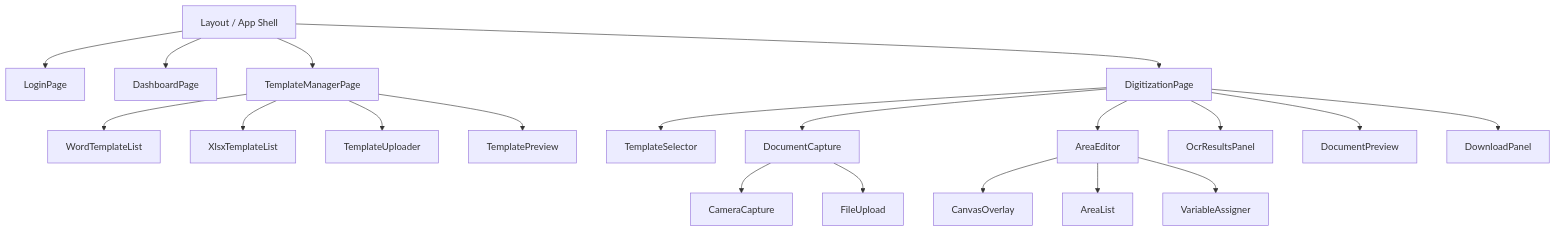
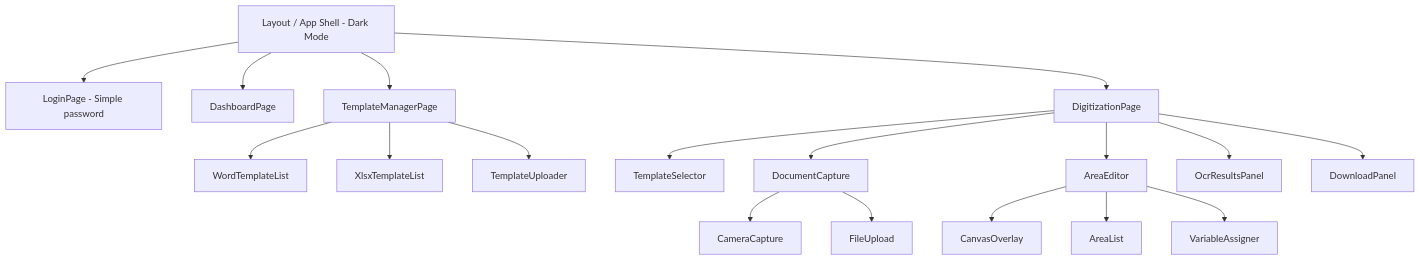
Before and after one commit to SEBAS200309/HACKATON: the third of 3 diagrams in .kiro/specs/document-digitization/design.md, drawn with Mermaid. The commit also changed other lines of this file, not shown here.

````diff
--- a/.kiro/specs/document-digitization/design.md
+++ b/.kiro/specs/document-digitization/design.md
@@ -159,27 +139,25 @@
 ```mermaid
 graph TD
-    App[Layout / App Shell]
-    App --> Login[LoginPage]
+    App[Layout / App Shell - Dark Mode]
+    App --> Login[LoginPage - Simple password]
     App --> Dashboard[DashboardPage]
     App --> TemplateManager[TemplateManagerPage]
     App --> Digitization[DigitizationPage]
     
     TemplateManager --> WordTemplateList[WordTemplateList]
     TemplateManager --> XlsxTemplateList[XlsxTemplateList]
     TemplateManager --> TemplateUploader[TemplateUploader]
-    TemplateManager --> TemplatePreview[TemplatePreview]
     
     Digitization --> TemplateSelector[TemplateSelector]
     Digitization --> DocumentCapture[DocumentCapture]
     Digitization --> AreaEditor[AreaEditor]
     Digitization --> OcrResults[OcrResultsPanel]
-    Digitization --> DocumentPreview[DocumentPreview]
     Digitization --> DownloadPanel[DownloadPanel]
     
     DocumentCapture --> CameraCapture[CameraCapture]
     DocumentCapture --> FileUpload[FileUpload]
     
     AreaEditor --> CanvasOverlay[CanvasOverlay]
     AreaEditor --> AreaList[AreaList]
     AreaEditor --> VariableAssigner[VariableAssigner]
 ```
````
